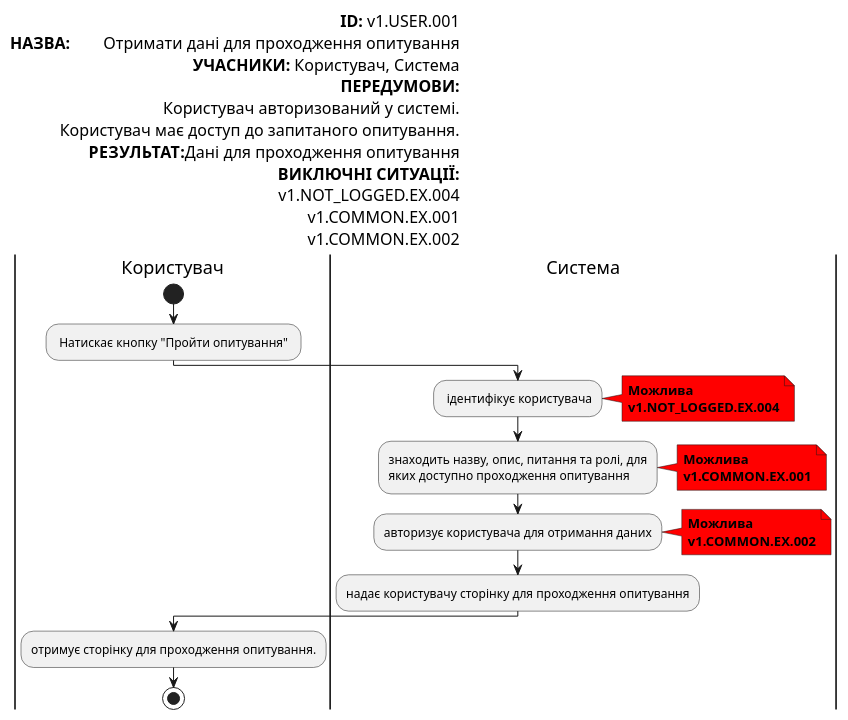
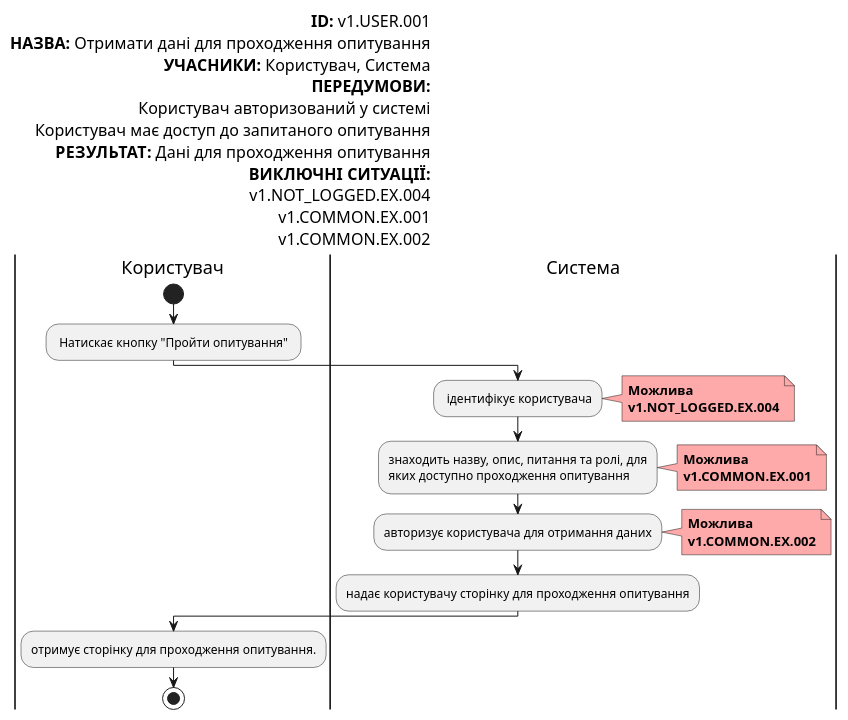
Before and after one commit to gurug-prog/survey-expert: the seventh of 22 diagrams in docs/use-cases/README.md, drawn with PlantUML. The commit also changed other lines of this file and 1 other file, not shown here.

```diff
--- a/docs/use-cases/README.md
+++ b/docs/use-cases/README.md
@@ -199,51 +203,51 @@
   @startuml
 
       left header
            <font color=000 size=16><b>ID:</b> v1.USER.001
-           <font color=000 size=16><b>НАЗВА:</b> 	Отримати дані для проходження опитування
+           <font color=000 size=16><b>НАЗВА:</b> Отримати дані для проходження опитування
            <font color=000 size=16><b>УЧАСНИКИ:</b> Користувач, Система
            <font color=000 size=16><b>ПЕРЕДУМОВИ:</b>
-           <font color=000 size=16>Користувач авторизований у системі.
-           <font color=000 size=16>Користувач має доступ до запитаного опитування.
-           <font color=000 size=16><b>РЕЗУЛЬТАТ:</b>Дані для проходження опитування
+           <font color=000 size=16>Користувач авторизований у системі
+           <font color=000 size=16>Користувач має доступ до запитаного опитування
+           <font color=000 size=16><b>РЕЗУЛЬТАТ:</b> Дані для проходження опитування
            <font color=000 size=16><b>ВИКЛЮЧНІ СИТУАЦІЇ:</b>
            <font color=000 size=16>v1.NOT_LOGGED.EX.004
            <font color=000 size=16>v1.COMMON.EX.001
            <font color=000 size=16>v1.COMMON.EX.002
        end header
 
        |Користувач|
            start
            : Натискає кнопку "Пройти опитування" ;
 
        |Система|
            : ідентифікує користувача;
 
-           note right #ff0000
+           note right #ffaaaa
            <b>Можлива</b>
            <b>v1.NOT_LOGGED.EX.004</b>
            end note
 
            :знаходить назву, опис, питання та ролі, для 
            яких доступно проходження опитування;
 
-           note right #ff0000
+           note right #ffaaaa
            <b>Можлива</b>
            <b>v1.COMMON.EX.001</b>
            end note
 
            :авторизує користувача для отримання даних;
 
-           note right #ff0000
+           note right #ffaaaa
            <b>Можлива</b>
            <b>v1.COMMON.EX.002</b>
            end note
 
            :надає користувачу сторінку для проходження опитування;
 
        |Користувач|
 
        :отримує сторінку для проходження опитування.;
            stop;
 
   @enduml
```
